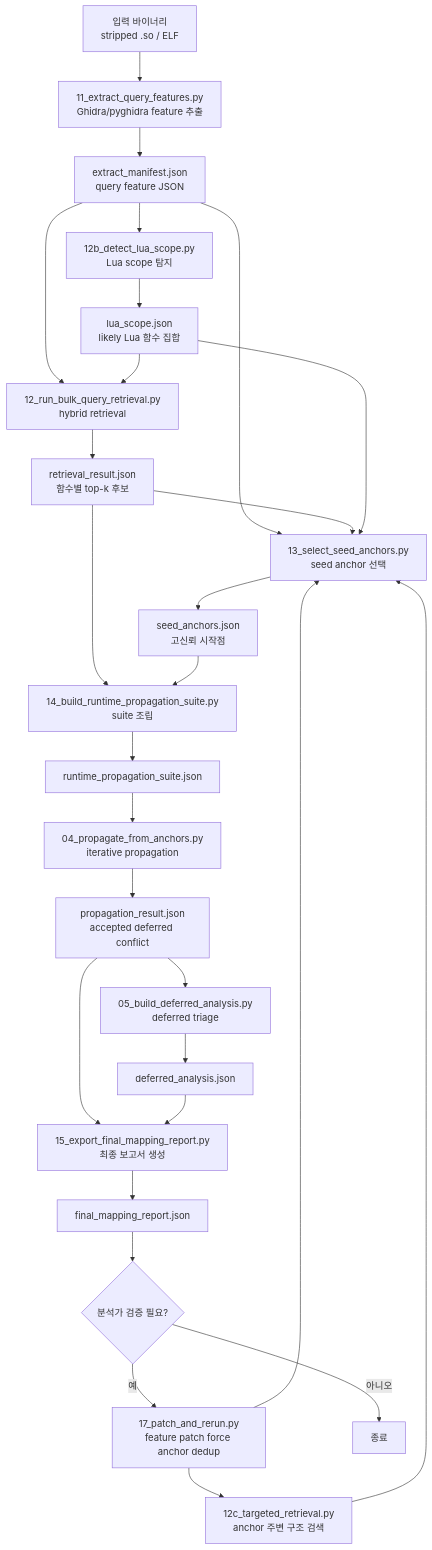
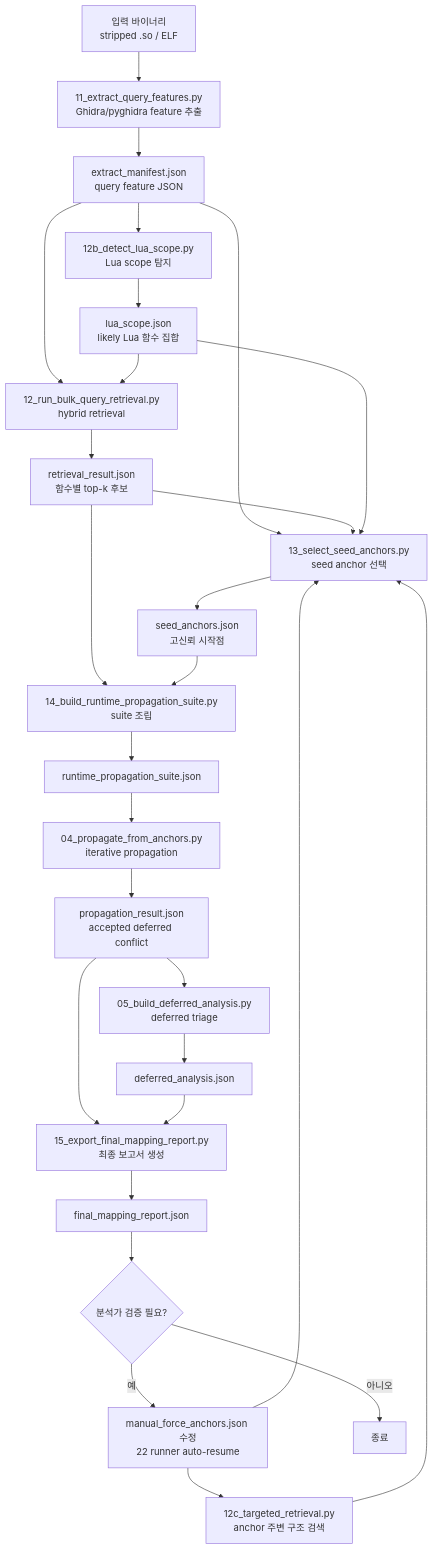
Before and after one commit to KimJaeHwan/lua_callgraph_propagation_agent: the diagram in docs/workflows/runtime_pipeline_flow.mmd, drawn with Mermaid. The commit also changed 21 other files, not shown here.

```diff
--- a/docs/workflows/runtime_pipeline_flow.mmd
+++ b/docs/workflows/runtime_pipeline_flow.mmd
@@ -1,36 +1,36 @@
 flowchart TD
     A[입력 바이너리<br/>stripped .so / ELF] --> B[11_extract_query_features.py<br/>Ghidra/pyghidra feature 추출]
     B --> C[extract_manifest.json<br/>query feature JSON]
 
     C --> D[12b_detect_lua_scope.py<br/>Lua scope 탐지]
     D --> E[lua_scope.json<br/>likely Lua 함수 집합]
 
     C --> F[12_run_bulk_query_retrieval.py<br/>hybrid retrieval]
     E --> F
     F --> G[retrieval_result.json<br/>함수별 top-k 후보]
 
     C --> H[13_select_seed_anchors.py<br/>seed anchor 선택]
     G --> H
     E --> H
     H --> I[seed_anchors.json<br/>고신뢰 시작점]
 
     G --> J[14_build_runtime_propagation_suite.py<br/>suite 조립]
     I --> J
     J --> K[runtime_propagation_suite.json]
 
     K --> L[04_propagate_from_anchors.py<br/>iterative propagation]
     L --> M[propagation_result.json<br/>accepted deferred conflict]
 
     M --> N[05_build_deferred_analysis.py<br/>deferred triage]
     N --> O[deferred_analysis.json]
 
     M --> P[15_export_final_mapping_report.py<br/>최종 보고서 생성]
     O --> P
     P --> Q[final_mapping_report.json]
 
     Q --> R{분석가 검증 필요?}
-    R -->|예| S[17_patch_and_rerun.py<br/>feature patch force anchor dedup]
+    R -->|예| S[manual_force_anchors.json 수정<br/>22 runner auto-resume]
     S --> T[12c_targeted_retrieval.py<br/>anchor 주변 구조 검색]
     T --> H
     S --> H
     R -->|아니오| U[종료]
```
